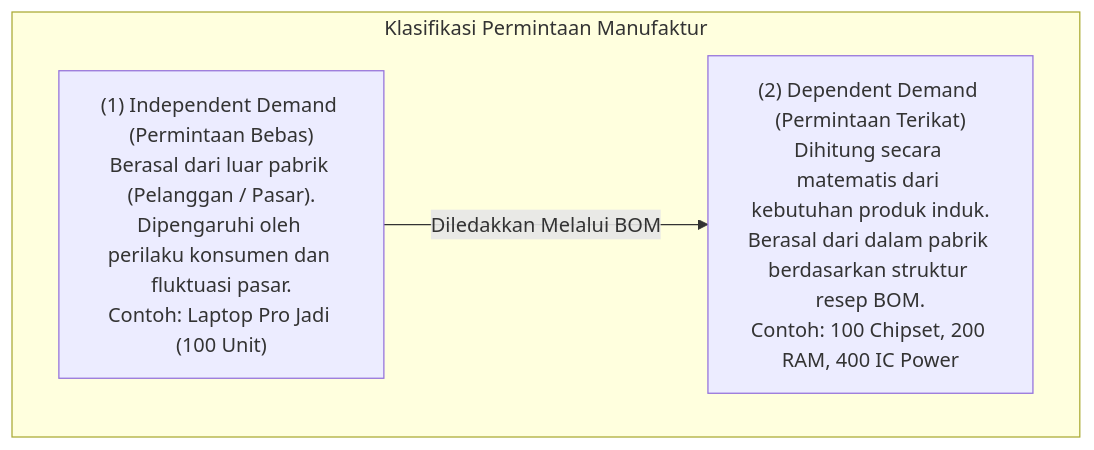
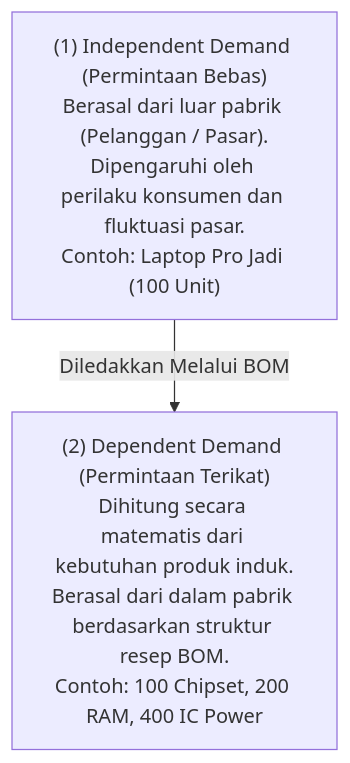
Before and after one commit to alimurrofid/erp-notes: the second of 3 diagrams in content/06-manufacturing/production-planning.md, drawn with Mermaid. The commit also changed other lines of this file and 58 other files, not shown here.

Commit message:
fix(content):Mermaid Subgraph

````diff
--- a/content/06-manufacturing/production-planning.md
+++ b/content/06-manufacturing/production-planning.md
@@ -45,7 +43,5 @@
 ```mermaid
 flowchart TD
-    subgraph DemandTypes["Klasifikasi Permintaan Manufaktur"]
         Indep["(1) Independent Demand (Permintaan Bebas)<br/>Berasal dari luar pabrik (Pelanggan / Pasar).<br/>Dipengaruhi oleh perilaku konsumen dan fluktuasi pasar.<br/>Contoh: Laptop Pro Jadi (100 Unit)"]
         -->|"Diledakkan Melalui BOM"| Dep["(2) Dependent Demand (Permintaan Terikat)<br/>Dihitung secara matematis dari kebutuhan produk induk.<br/>Berasal dari dalam pabrik berdasarkan struktur resep BOM.<br/>Contoh: 100 Chipset, 200 RAM, 400 IC Power"]
-    end
 ```
````
